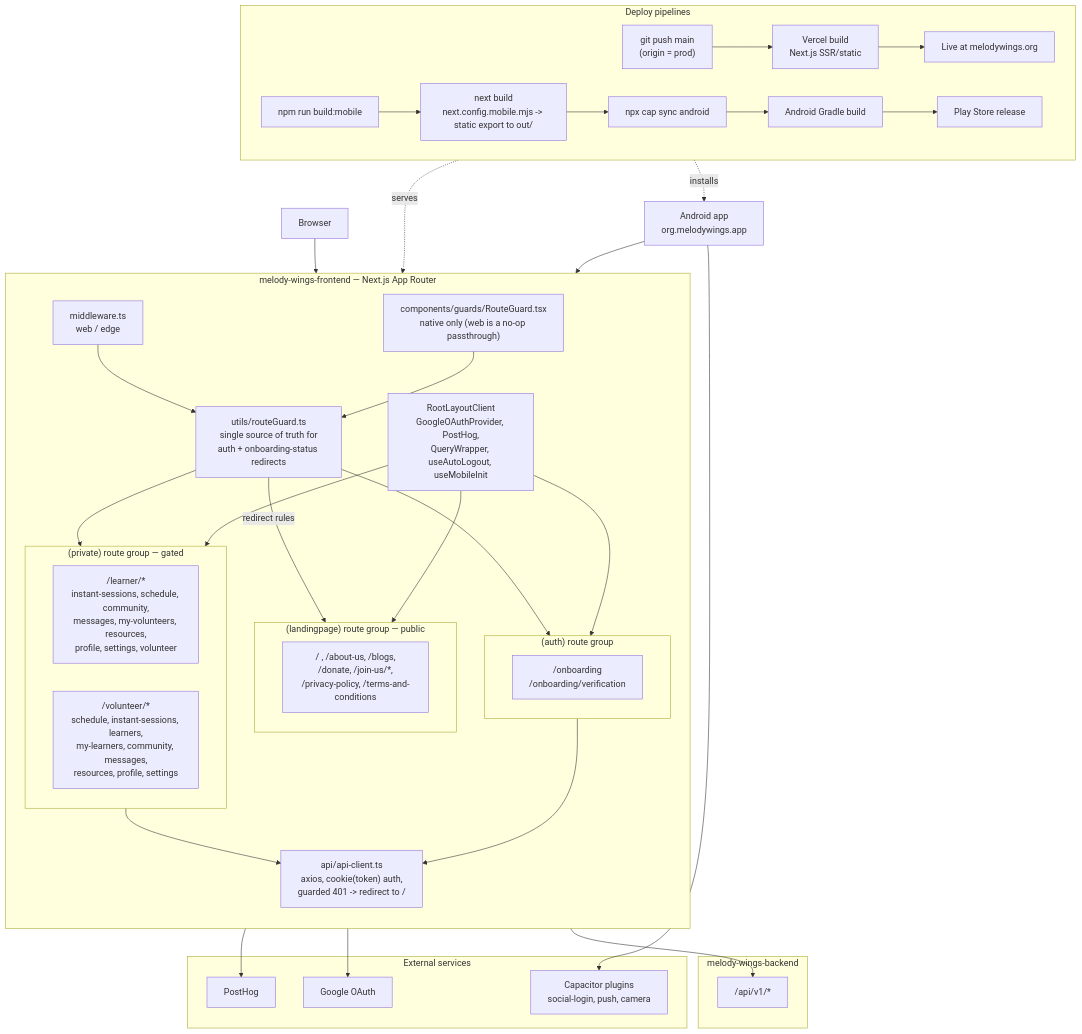
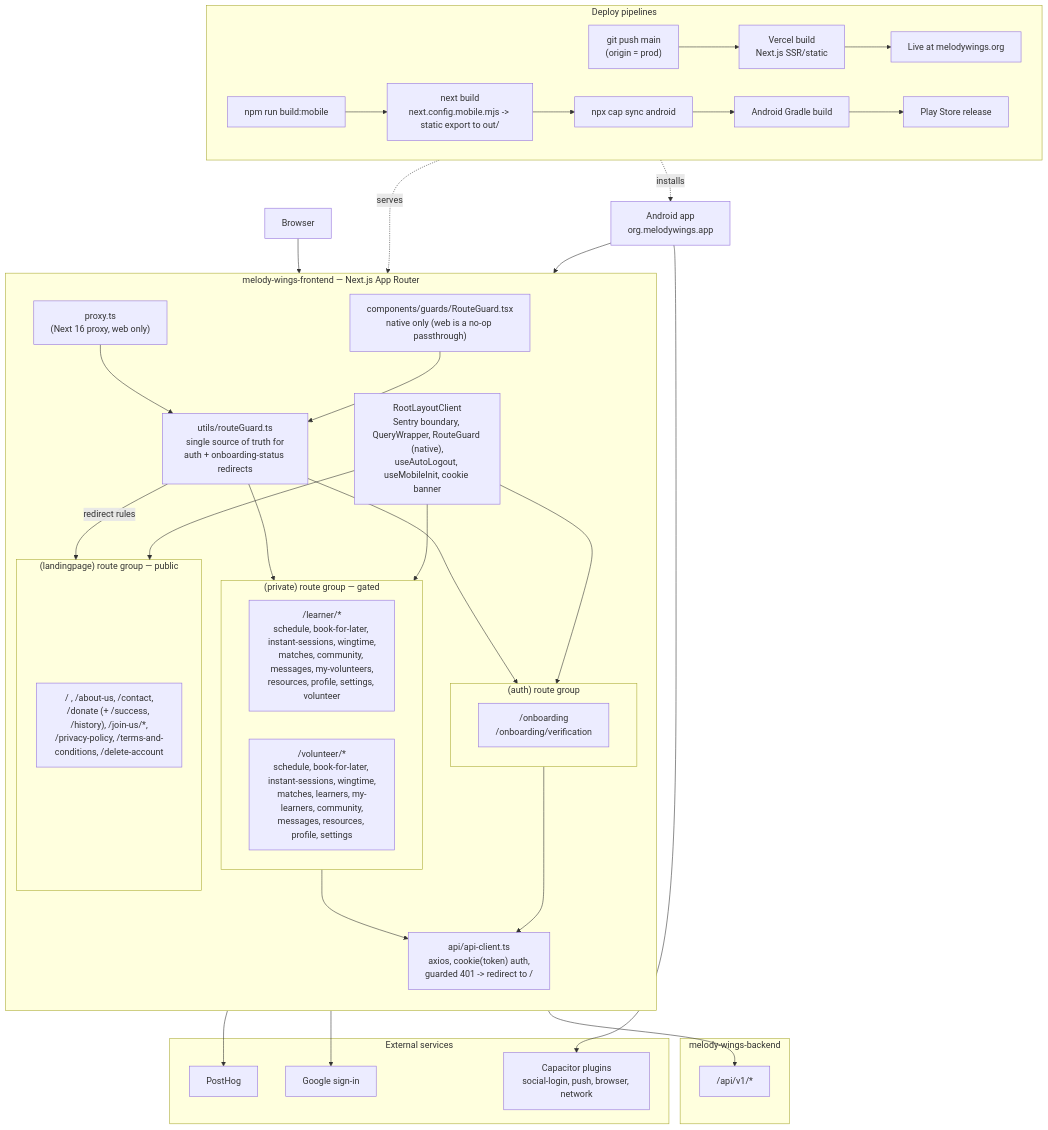
Before and after one commit to chitraganesan-sun2/mw-frontend: the first of 2 diagrams in README.md, drawn with Mermaid. The commit also changed other lines of this file and 2 other files, not shown here.

Commit message:
docs: refresh README to match the code (Next 16, proxy.ts, email+password auth, cookie trust model, env vars)

````diff
--- a/README.md
+++ b/README.md
@@ -21,63 +21,63 @@
 ```mermaid
 flowchart TB
     WebUser["Browser"]
     AndroidUser["Android app<br/>org.melodywings.app"]
 
     subgraph CICD["Deploy pipelines"]
         direction LR
         GitPushWeb["git push main<br/>(origin = prod)"] --> VercelBuild["Vercel build<br/>Next.js SSR/static"] --> VercelLive["Live at melodywings.org"]
         MobileSrc["npm run build:mobile"] --> MobileBuild["next build<br/>next.config.mobile.mjs -&gt; static export to out/"] --> CapSync["npx cap sync android"] --> GradleBuild["Android Gradle build"] --> PlayStore["Play Store release"]
     end
 
     subgraph App["melody-wings-frontend — Next.js App Router"]
         direction TB
-        RootLayout["RootLayoutClient<br/>GoogleOAuthProvider, PostHog,<br/>QueryWrapper, useAutoLogout, useMobileInit"]
+        RootLayout["RootLayoutClient<br/>Sentry boundary, QueryWrapper, RouteGuard (native),<br/>useAutoLogout, useMobileInit, cookie banner"]
 
         subgraph Public["(landingpage) route group — public"]
-            Landing["/ , /about-us, /blogs,<br/>/donate, /join-us/*,<br/>/privacy-policy, /terms-and-conditions"]
+            Landing["/ , /about-us, /contact,<br/>/donate (+ /success, /history), /join-us/*,<br/>/privacy-policy, /terms-and-conditions, /delete-account"]
         end
 
         subgraph AuthGroup["(auth) route group"]
             Onboarding["/onboarding<br/>/onboarding/verification"]
         end
 
         subgraph Private["(private) route group — gated"]
-            LearnerRoutes["/learner/*<br/>instant-sessions, schedule, community,<br/>messages, my-volunteers, resources,<br/>profile, settings, volunteer"]
-            VolunteerRoutes["/volunteer/*<br/>schedule, instant-sessions, learners,<br/>my-learners, community, messages,<br/>resources, profile, settings"]
+            LearnerRoutes["/learner/*<br/>schedule, book-for-later, instant-sessions, wingtime,<br/>matches, community, messages, my-volunteers,<br/>resources, profile, settings, volunteer"]
+            VolunteerRoutes["/volunteer/*<br/>schedule, book-for-later, instant-sessions, wingtime,<br/>matches, learners, my-learners, community,<br/>messages, resources, profile, settings"]
         end
 
         RouteGuardLogic["utils/routeGuard.ts<br/>single source of truth for<br/>auth + onboarding-status redirects"]
-        Middleware["middleware.ts<br/>web / edge"]
+        Middleware["proxy.ts<br/>(Next 16 proxy, web only)"]
         NativeGuard["components/guards/RouteGuard.tsx<br/>native only (web is a no-op passthrough)"]
         APIClient["api/api-client.ts<br/>axios, cookie(token) auth,<br/>guarded 401 -&gt; redirect to /"]
     end
 
     subgraph Backend["melody-wings-backend"]
         BackendAPI["/api/v1/*"]
     end
 
     subgraph ExternalFE["External services"]
-        GoogleOAuthSvc["Google OAuth"]
-        CapPlugins["Capacitor plugins<br/>social-login, push, camera"]
+        GoogleOAuthSvc["Google sign-in"]
+        CapPlugins["Capacitor plugins<br/>social-login, push, browser, network"]
         PostHogSvc["PostHog"]
     end
 
     VercelLive -.->|serves| App
     PlayStore -.->|installs| AndroidUser
     WebUser --> Middleware
     AndroidUser --> NativeGuard
     Middleware --> RouteGuardLogic
     NativeGuard --> RouteGuardLogic
     RouteGuardLogic -->|redirect rules| Public
     RouteGuardLogic --> AuthGroup
     RouteGuardLogic --> Private
     RootLayout --> Public
     RootLayout --> AuthGroup
     RootLayout --> Private
     Private --> APIClient
     AuthGroup --> APIClient
     APIClient --> BackendAPI
-    RootLayout --> GoogleOAuthSvc
+    Landing --> GoogleOAuthSvc
     AndroidUser --> CapPlugins
     RootLayout --> PostHogSvc
 ```
````
